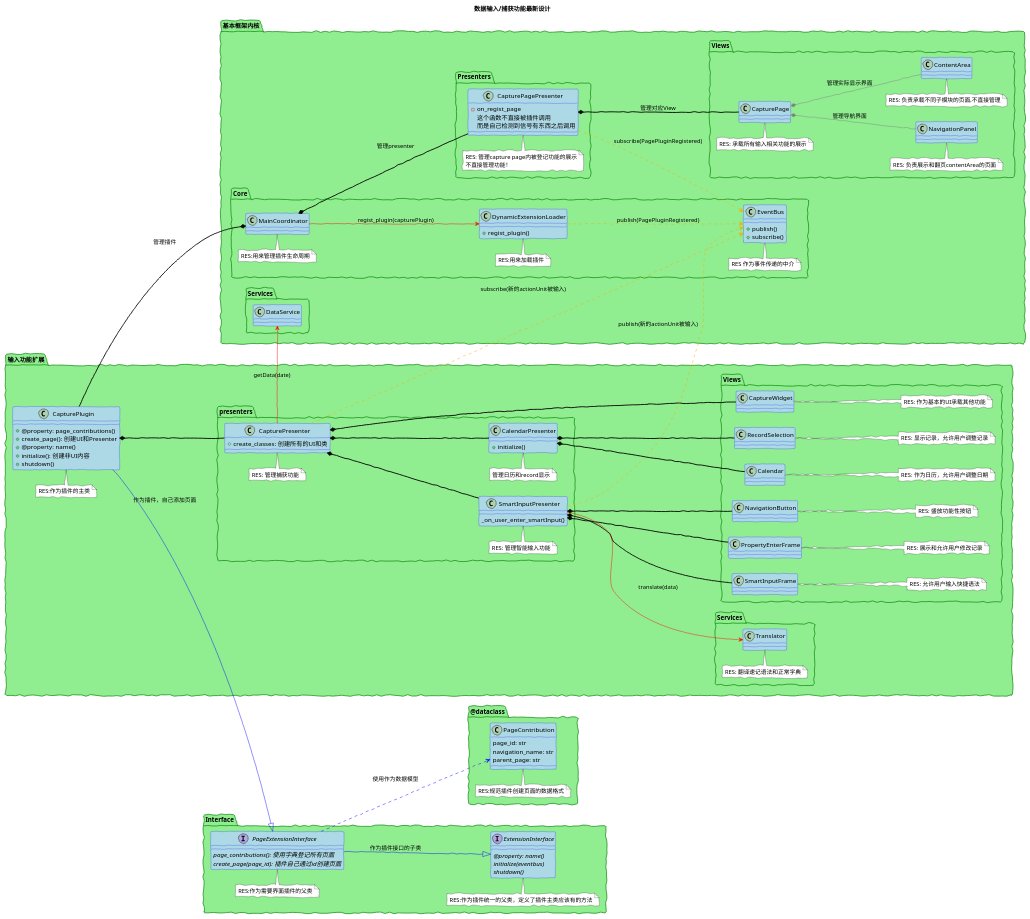
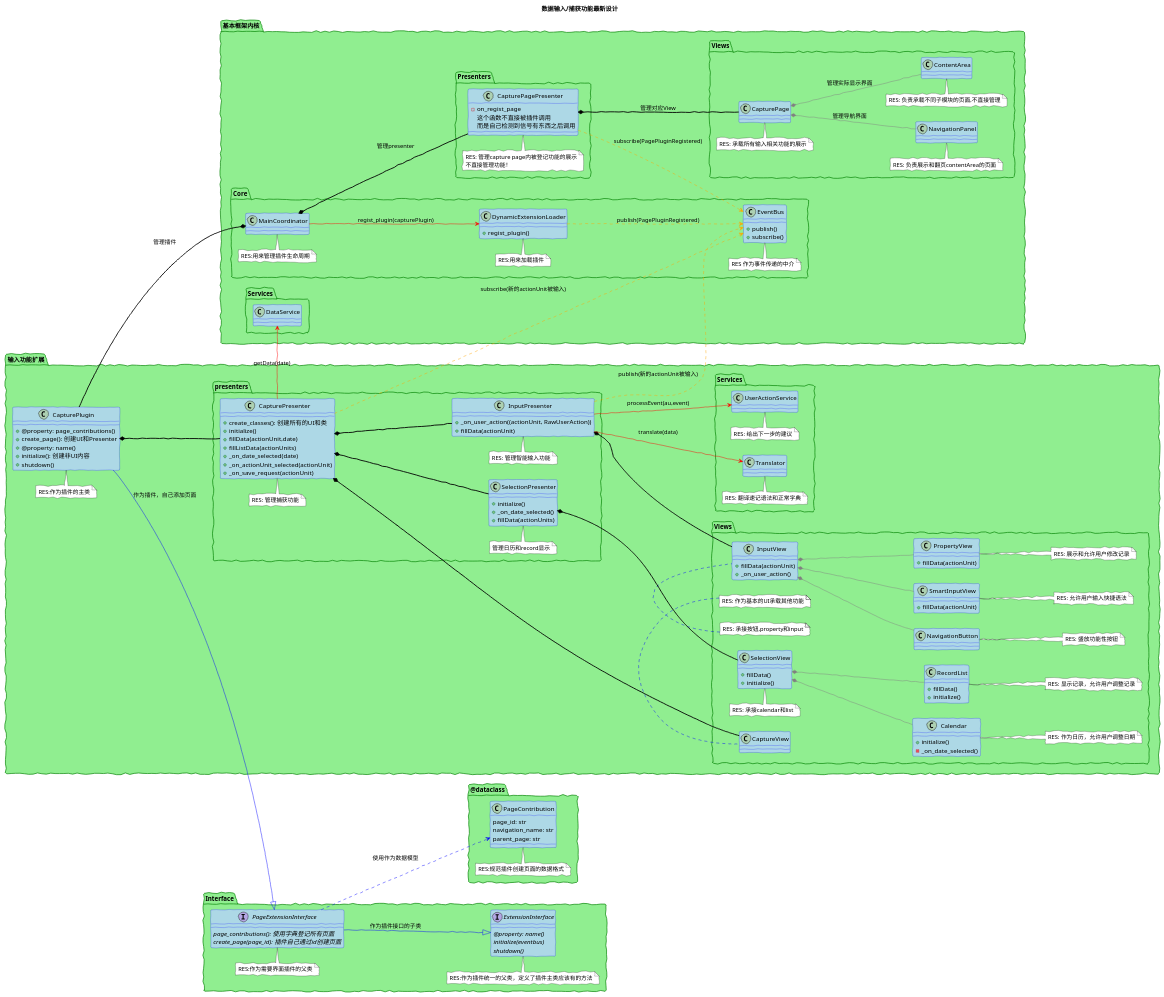
One commit to 67-68/Time-Integrator changed the diagram in documents/capture/Capture_Class.puml. Above: the diagram before and after it, drawn with PlantUML. The commit also changed 54 other files, not shown here.

```diff
--- a/documents/capture/Capture_Class.puml
+++ b/documents/capture/Capture_Class.puml
@@ -8,6 +8,19 @@
 ' Presenter不直接接触下层View
 
 ' 使用 *-[#Black,bold]- 来表示View和presenter之间的关系
+
+' ====== 命名准则 ====== '
+
+' 以后的View文件名字为这个view的功能，不需要加view后缀
+' View类名为这个类具体的组件名称
+' 例如: 用来选择的list被称为 **list
+' 但如果是Qwidget/QFrame就直接称为 **View
+' 同时，类名前面使用CAP_ 表示这是Capture功能的类
+
+' ====== 设计理念 ====== '
+
+' 初始化方法的传递和数据填充方法的传递分开
+' 初始化可以使用数据填充，但是传递的时候，语义一定分开
 
 left to right direction
 
@@ -111,49 +124,128 @@
     note top of capture: RES:作为插件的主类
 
     package Views {
-        class "CaptureWidget" as capture_widget
-        note right of capture_widget: RES: 作为基本的UI承载其他功能
+        class "CaptureView" as capture_view
+        note top of capture_view: RES: 作为基本的UI承载其他功能
 
-        class "Calendar" as calendar 
+        class "Calendar" as calendar {
+            + initialize()
+            ' 初始化当前的日期为今天
+            - _on_date_selected()
+            ' 负责把用户的点击内容，一个日期以信号的形式传到presenter
+        }
         note right of calendar: RES: 作为日历，允许用户调整日期
 
-        class "RecordSelection" as records
+        class "RecordList" as records {
+            + fillData()
+            ' 使用actionUnit填充这个list，自动使用初始化方法
+            + initialize()
+            ' 填充list的同时执行初始化操作：把list的被选中项设定为第一个
+            ' 使用fillData方法
+        }
         note right of records: RES: 显示记录，允许用户调整记录
 
-        class "SmartInputFrame" as smartInputView
-        note right of smartInputView: RES: 允许用户输入快捷语法
+        class "SmartInputView" as SmartInputView {
+            + fillData(actionUnit)
+            ' 填充速记语法的数据
+        }
+        note right of SmartInputView: RES: 允许用户输入快捷语法
 
-        class "PropertyEnterFrame" as propertyView
+        class "PropertyView" as propertyView {
+            + fillData(actionUnit)
+            ' 填充数据
+        }
         note right of propertyView: RES: 展示和允许用户修改记录
 
         class "NavigationButton" as button
         note right of button: RES: 盛放功能性按钮
+
+        class "SelectionView" as selection_view {
+            + fillData()
+            ' 负责传递上层传来的数据给list, 调用list的fillData方法
+            + initialize()
+            ' 负责传递数据的同时调用初始化方法，调用list的initialize方法
+        }
+        note top of selection_view: RES: 承接calendar和list
+
+        class "InputView" as input_view {
+            + fillData(actionUnit)
+            ' 会调用propertyView和smartInputView的fillData方法
+            ' 分别传递actionUnit和速记语法数据
+            + _on_user_action()
+            ' 用来处理用户输入的事件
+            ' 使用一个Enum类(RawUserAction)来描述当前的情况
+            ' 例如text_pressed和enter_pressed
+            ' 把当前的actionUnit和用户行为事件打包使用信号发上去
+        }
+        note top of input_view: RES: 承接按钮,property和input
     }
 
     package presenters {
         class "CapturePresenter" as capture_presenter {
-            + create_classes: 创建所有的UI和类
+            + create_classes(): 创建所有的UI和类
+            + initialize()
+            ' 用来初始化calendarPresenter和inputPresenter
+            ' 这个函数会首先从dataService请求今天的数据
+            ' 调用calendar的initialize函数填充数据
+            ' 如果检测到没有数据就在此调用dataService创建新的actionUnit、
+            ' 使用initialize方法传递
+            ' 调用inputPresenter的initialize函数填充数据
+            + fillData(actionUnit,date)
+            ' 这个方法的职责仅仅限制于输入框(inputPresenter)
+            ' 它会根据传入的actionUnit来调用inputPresenter的fillData方法更新
+            + fillListData(actionUnits)
+            ' 这个方法用来更新列表展示的actionUnits
+            ' 它会调用selectionPresenter的fillData方法
+            + _on_date_selected(date)
+            ' 这个方法会根据传入的日期从dataService获取那一天的数据
+            ' 然后调用fillListData和inputPresenter的fillData方法
+            + _on_actionUnit_selected(actionUnit)
+            ' 这个方法用来处理list中actionUnit被点击的情况
+            ' 会调用inputPresenter的fillData方法
+            ' 传入actionUnit
+            + _on_save_request(actionUnit)
+            ' 这个方法用来处理用户按下保存按钮的情况
+            ' 它会调用dataService的保存方法,
+            ' 等待它的返回值
+            ' 如果为True, 调用_on_date_selected方法重新获取数据初始化
         }
         note top of capture_presenter: RES: 管理捕获功能
         
-        class "SmartInputPresenter" as smartInput {
-            _on_user_enter_smartInput()
-            ' 这个函数用来处理user在smartInput输入的情况
+        class "InputPresenter" as input {
+            + _on_user_action((actionUnit, RawUserAction))
+            ' 这个函数用来处理user的行动
+            ' 调用UserActionService处理得出下一步
+            ' 这个服务会把用户的行为翻译为高层的明确语义信号
+            ' 返回一个封装了“下一步要做什么”和“如何做”的、可被直接执行的“命令对象 
+            
+
+            + fillData(actionUnit)
+            ' 这个函数用来处理填充数据的请求
+            ' 它会把这个指令传递给inputView
+            ' 它首先调用翻译服务把actionUnit翻译为速记语法
+            ' 调用inputView的fillData方法, 把actionUnit和速记语法数据作为元组传递下去
+
         }
-        note top of smartInput: RES: 管理智能输入功能
+        note top of input: RES: 管理智能输入功能
 
-        class "CalendarPresenter" as calendar_presenter {
+        class "SelectionPresenter" as selection {
             + initialize()
             ' 这个函数会设置当前日期为今天，记录为第一个
-            ' 如果没有记录，会创建一个
+            + _on_date_selected()
+            ' 使用信号把用户选择日期的行动汇报给CapturePresenter
+            + fillData(actionUnits)
+            ' 这个函数会调用SelectionView的fillData方法
         }
-        note top of calendar_presenter: 管理日历和record显示
+        note top of selection: 管理日历和record显示
 
     }
 
     package Services {
         class "Translator" as translator
         note top of translator: RES: 翻译速记语法和正常字典
+
+        class "UserActionService" as action_service
+        note top of action_service: RES: 给出下一步的建议
     }
 }
 
@@ -168,25 +260,29 @@
 ' 使用*--来表示presenter全权管理view '
 ' 但不负责创建它 '
 page_presenter *-[#Black,bold]- capture_ui: 管理对应View
-capture_presenter *-[#Black,bold]-capture_widget
-smartInput *-[#Black,bold]- propertyView
-calendar_presenter *-[#Black,bold]- calendar
-smartInput *-[#Black,bold]- smartInputView
-calendar_presenter *-[#Black,bold]- records
-smartInput *-[#Black,bold]- button
+capture_presenter *-[#Black,bold]-capture_view
+selection *-[#Black,bold]- selection_view
+input *-[#Black,bold]- input_view
+
+
 
 
 ' ====== View -> View ====== '
 capture_ui *-[#Gray]- navigation: 管理导航界面
 ' 不单独开一个presenter管理navi, 内聚下降
 capture_ui *-[#Gray]- content: 管理实际显示界面
+selection_view *-[#Gray]- calendar
+selection_view *-[#Gray]- records
 
-
+input_view *-[#Gray]- propertyView
+input_view *-[#Gray]- SmartInputView
+input_view *-[#Gray]- button
 
 ' ====== 服务调用 ====== '
 coordinator -[#Red]-> loader: regist_plugin(capturePlugin)
 capture_presenter -[#Red]-> data_service: getData(date)
-smartInput -[#Red]-> translator: translate(data)
+input -[#Red]-> translator: translate(data)
+input -[#Red]-> action_service: processEvent(au,event)
 
 ' ====== 插件创建 ====== '
 coordinator *-[#Black,bold]- capture: 管理插件
@@ -194,13 +290,13 @@
 ' ===== 事件发出和接受 ===== '
 loader .[#Orange].> bus: publish(PagePluginRegistered)
 page_presenter .[#Orange].> bus: subscribe(PagePluginRegistered)
-smartInput .[#Orange].>bus: publish(新的actionUnit被输入)
+input .[#Orange].>bus: publish(新的actionUnit被输入)
 capture_presenter .[#Orange].> bus: subscribe(新的actionUnit被输入)
 
 ' ====== Presenter相互统属 ====== '
 coordinator *-[#Black,bold]- page_presenter: 管理presenter
 capture *-[#Black,bold]- capture_presenter
-capture_presenter *-[#Black,bold]- calendar_presenter
-capture_presenter *-[#Black,bold]- smartInput
+capture_presenter *-[#Black,bold]- selection
+capture_presenter *-[#Black,bold]- input
 
 @enduml
```
